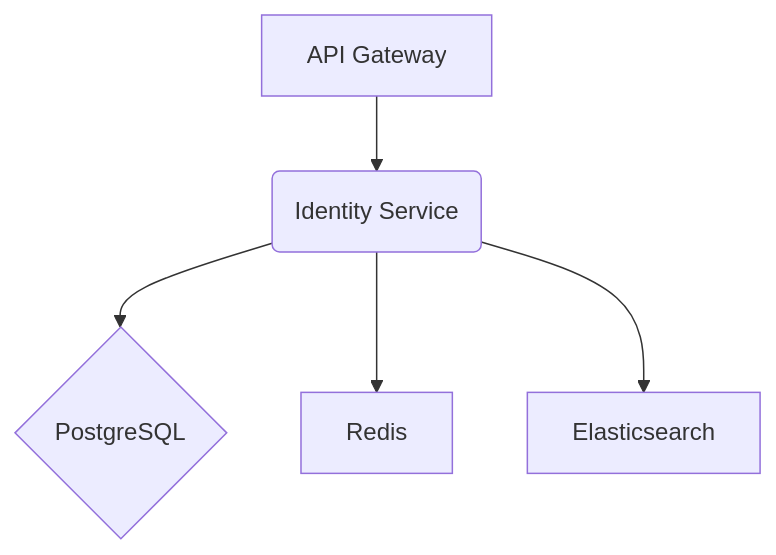
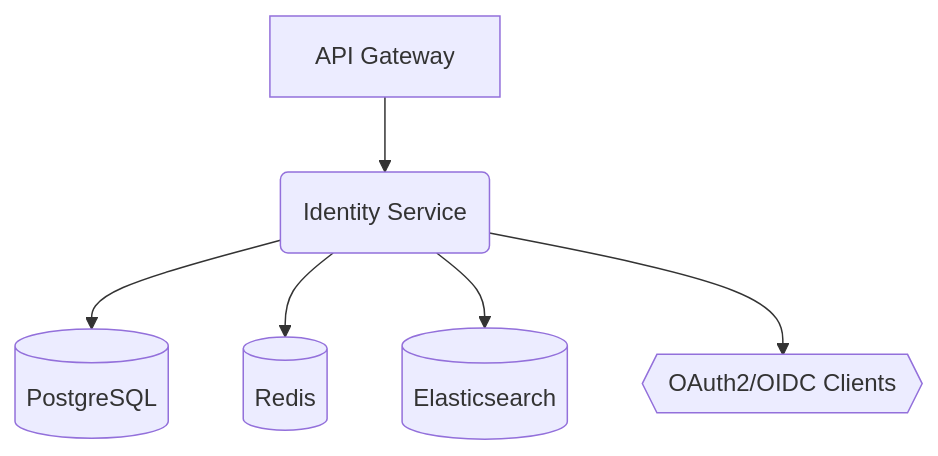
One commit to Theory903/Project-Suuupra changed the diagram in services/identity/TODO.md. Above: the diagram before and after it, drawn with Mermaid. The commit also changed other lines of this file and 13 other files, not shown here.

Commit message:
Remove identity service files: deleted .env.example, docker-compose.yml, Dockerfile, package.json, pom.xml, README.md, TODO.md, tsconfig.json, and various scripts, along with the main server implementation and OpenAPI documentation.

````diff
--- a/services/identity/TODO.md
+++ b/services/identity/TODO.md
@@ -48,7 +51,8 @@
 ```mermaid
 graph TD
-    A[API Gateway] --> B(Identity Service);
-    B --> C{PostgreSQL};
-    B --> D[Redis];
-    B --> E[Elasticsearch];
+    A[API Gateway] --> B(Identity Service)
+    B --> C[(PostgreSQL)]
+    B --> D[(Redis)]
+    B --> E[(Elasticsearch)]
+    B --> F{{OAuth2/OIDC Clients}}
 ```
````
